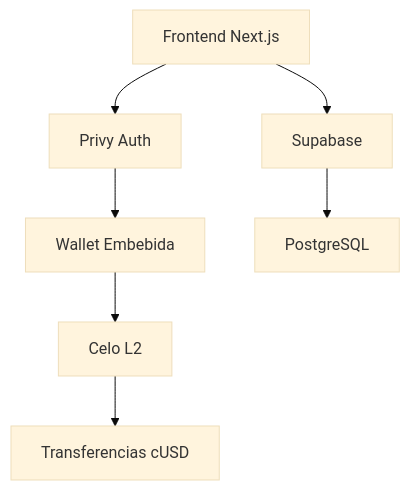
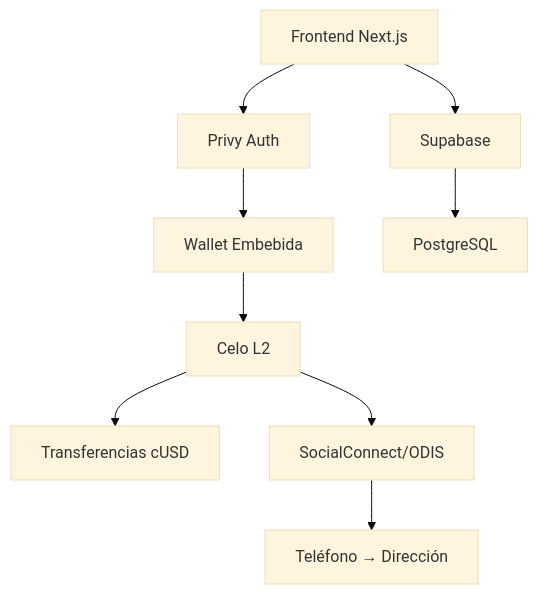
The diagram in README.es.md (LuisSambrano/puente-fintech-dapp), drawn with Mermaid (base theme) before and after one commit. The commit also changed other lines of this file and 2 other files, not shown here.

````diff
--- a/README.es.md
+++ b/README.es.md
@@ -91,9 +148,11 @@
 ```mermaid
 graph TD
     A[Frontend Next.js] --> B[Privy Auth]
     B --> C[Wallet Embebida]
     C --> D[Celo L2]
     D --> E[Transferencias cUSD]
     A --> F[Supabase]
     F --> G[PostgreSQL]
+    D --> H[SocialConnect/ODIS]
+    H --> I[Teléfono → Dirección]
 ```
````
